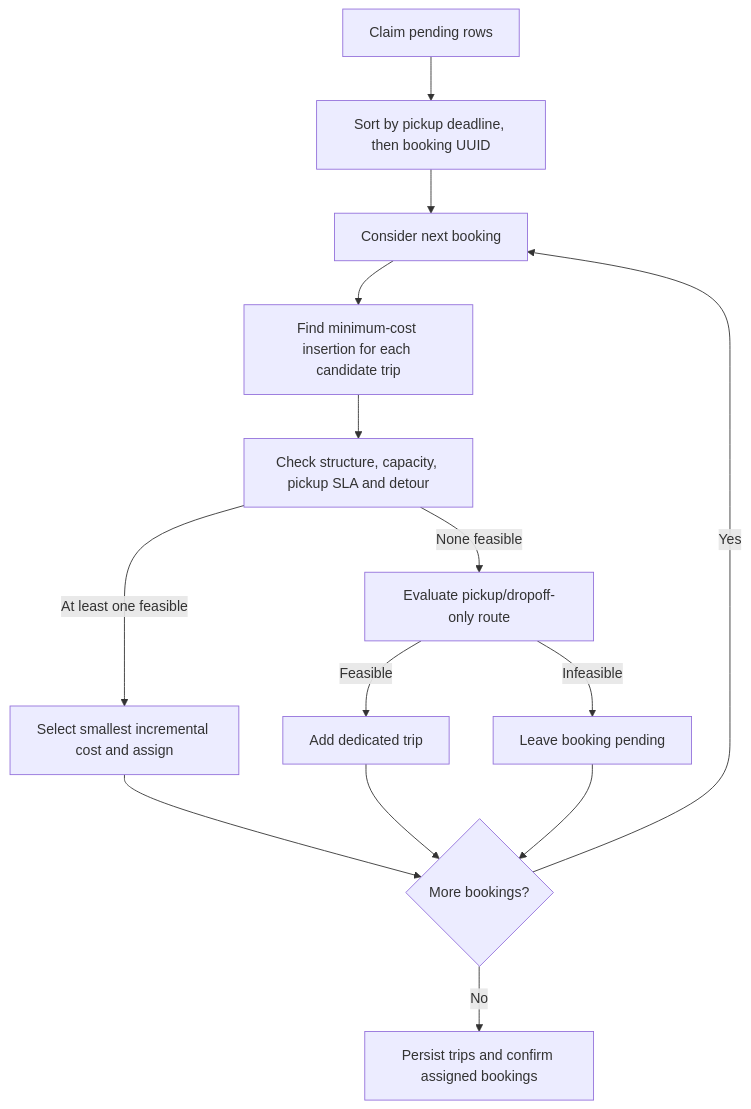
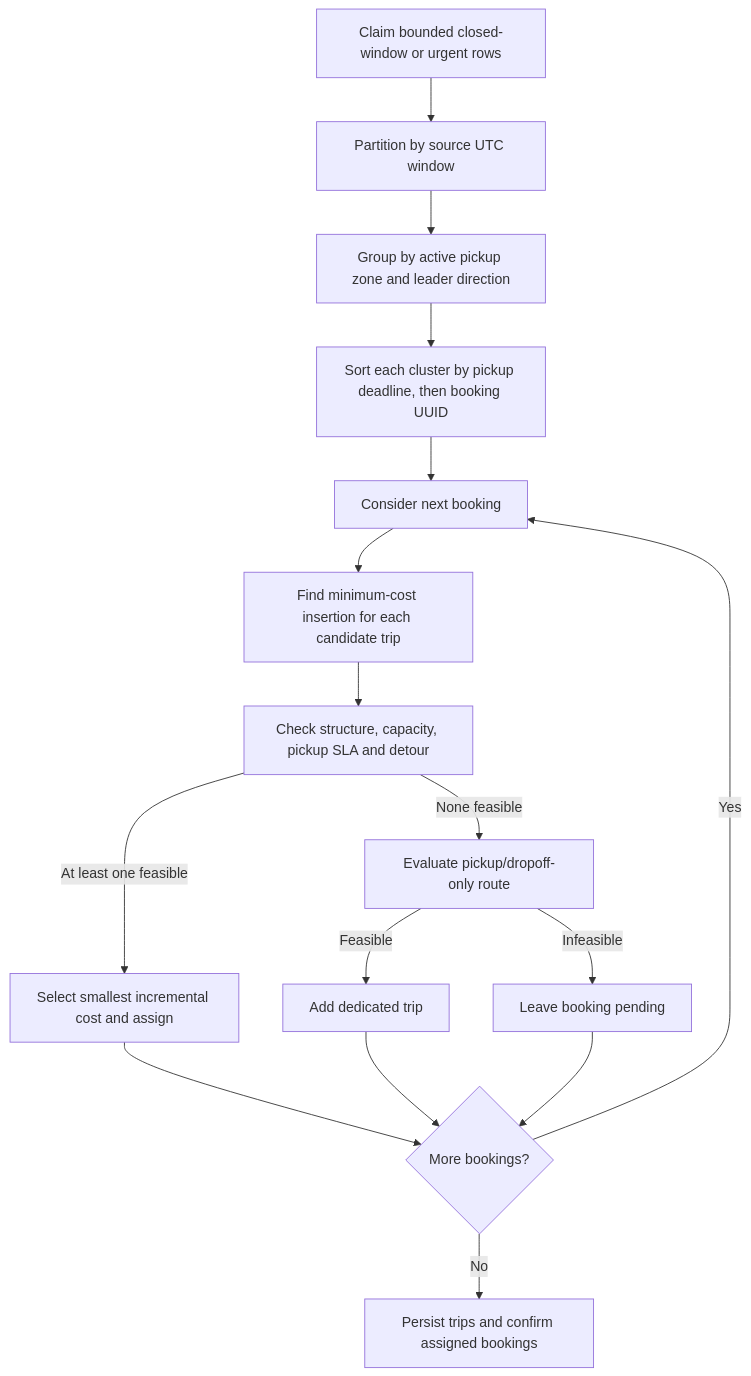
The first of 2 diagrams in docs/batching-strategy.md (aakash-kr-7/sla-aware-ride-batching), drawn with Mermaid before and after one commit. The commit also changed other lines of this file and 13 other files, not shown here.

````diff
--- a/docs/batching-strategy.md
+++ b/docs/batching-strategy.md
@@ -7,16 +29,18 @@
 ```mermaid
 flowchart TD
-    Claim[Claim pending rows] --> Sort[Sort by pickup deadline, then booking UUID]
+    Claim[Claim bounded closed-window or urgent rows] --> Window[Partition by source UTC window]
+    Window --> Cluster[Group by active pickup zone and leader direction]
+    Cluster --> Sort[Sort each cluster by pickup deadline, then booking UUID]
     Sort --> Next[Consider next booking]
     Next --> Search[Find minimum-cost insertion for each candidate trip]
     Search --> Check[Check structure, capacity, pickup SLA and detour]
     Check -->|At least one feasible| Shared[Select smallest incremental cost and assign]
     Check -->|None feasible| Solo[Evaluate pickup/dropoff-only route]
     Solo -->|Feasible| New[Add dedicated trip]
     Solo -->|Infeasible| Wait[Leave booking pending]
     Shared --> More{More bookings?}
     New --> More
     Wait --> More
     More -->|Yes| Next
     More -->|No| Persist[Persist trips and confirm assigned bookings]
 ```
````
